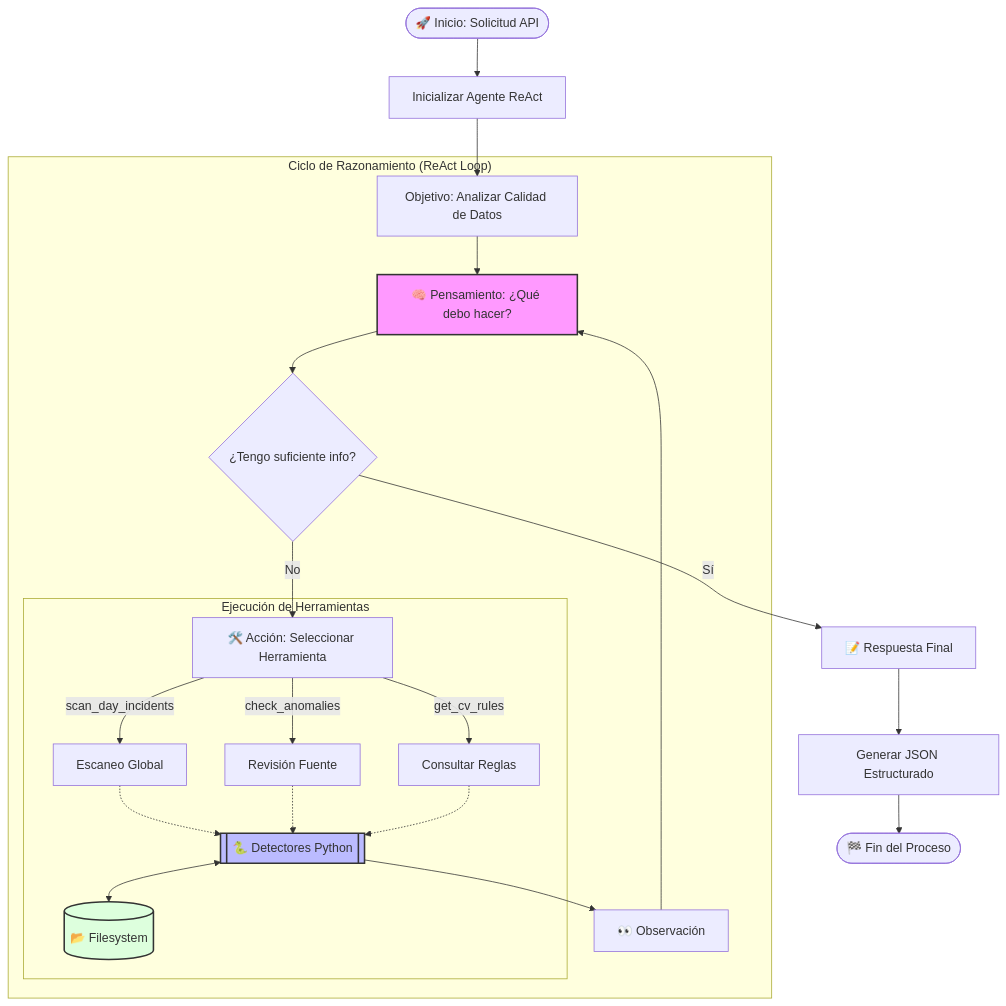
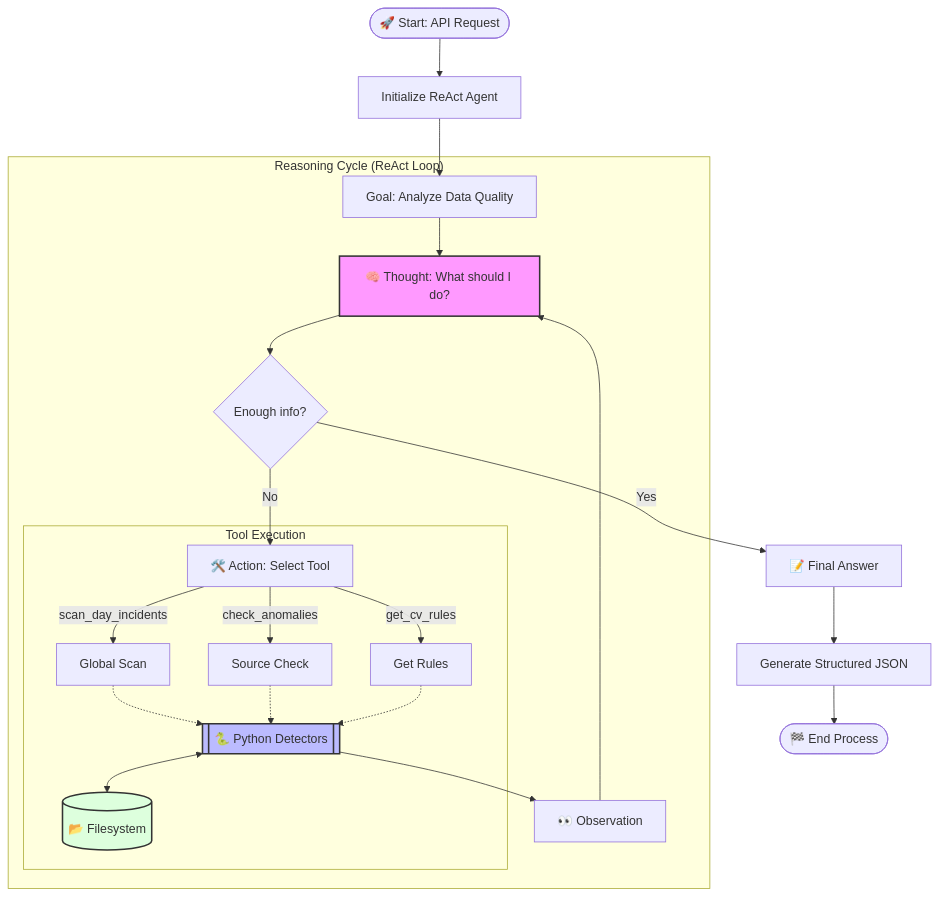
One commit to jomen93/simetrik_test changed the diagram in README.md. Above: the diagram before and after it, drawn with Mermaid. The commit also changed other lines of this file, not shown here.

````diff
--- a/README.md
+++ b/README.md
@@ -24,34 +24,34 @@
 ```mermaid
 graph TD
-    Start([🚀 Inicio: Solicitud API]) --> Init[Inicializar Agente ReAct]
-    Init --> Goal[Objetivo: Analizar Calidad de Datos]
+    Start([🚀 Start: API Request]) --> Init[Initialize ReAct Agent]
+    Init --> Goal[Goal: Analyze Data Quality]
 
-    subgraph Loop ["Ciclo de Razonamiento (ReAct Loop)"]
-        Goal --> Thought[🧠 Pensamiento: ¿Qué debo hacer?]
-        Thought --> Decision{¿Tengo suficiente info?}
+    subgraph Loop ["Reasoning Cycle (ReAct Loop)"]
+        Goal --> Thought[🧠 Thought: What should I do?]
+        Thought --> Decision{Enough info?}
         
-        Decision -- No --> Action[🛠️ Acción: Seleccionar Herramienta]
+        Decision -- No --> Action[🛠️ Action: Select Tool]
         
-        subgraph Tools ["Ejecución de Herramientas"]
-            Action -- scan_day_incidents --> T1[Escaneo Global]
-            Action -- check_anomalies --> T2[Revisión Fuente]
-            Action -- get_cv_rules --> T3[Consultar Reglas]
+        subgraph Tools ["Tool Execution"]
+            Action -- scan_day_incidents --> T1[Global Scan]
+            Action -- check_anomalies --> T2[Source Check]
+            Action -- get_cv_rules --> T3[Get Rules]
             
-            T1 -.-> PyCode[[🐍 Detectores Python]]
+            T1 -.-> PyCode[[🐍 Python Detectors]]
             T2 -.-> PyCode
             T3 -.-> PyCode
             PyCode <--> DB[(📂 Filesystem)]
         end
         
-        PyCode --> Obs[👀 Observación]
+        PyCode --> Obs[👀 Observation]
         Obs --> Thought
     end
     
-    Decision -- Sí --> Final[📝 Respuesta Final]
-    Final --> Report[Generar JSON Estructurado]
-    Report --> End([🏁 Fin del Proceso])
+    Decision -- Yes --> Final[📝 Final Answer]
+    Final --> Report[Generate Structured JSON]
+    Report --> End([🏁 End Process])
 
     style Thought fill:#f9f,stroke:#333,stroke-width:2px
     style PyCode fill:#bbf,stroke:#333,stroke-width:2px
     style DB fill:#dfd,stroke:#333,stroke-width:2px
 ```
````
